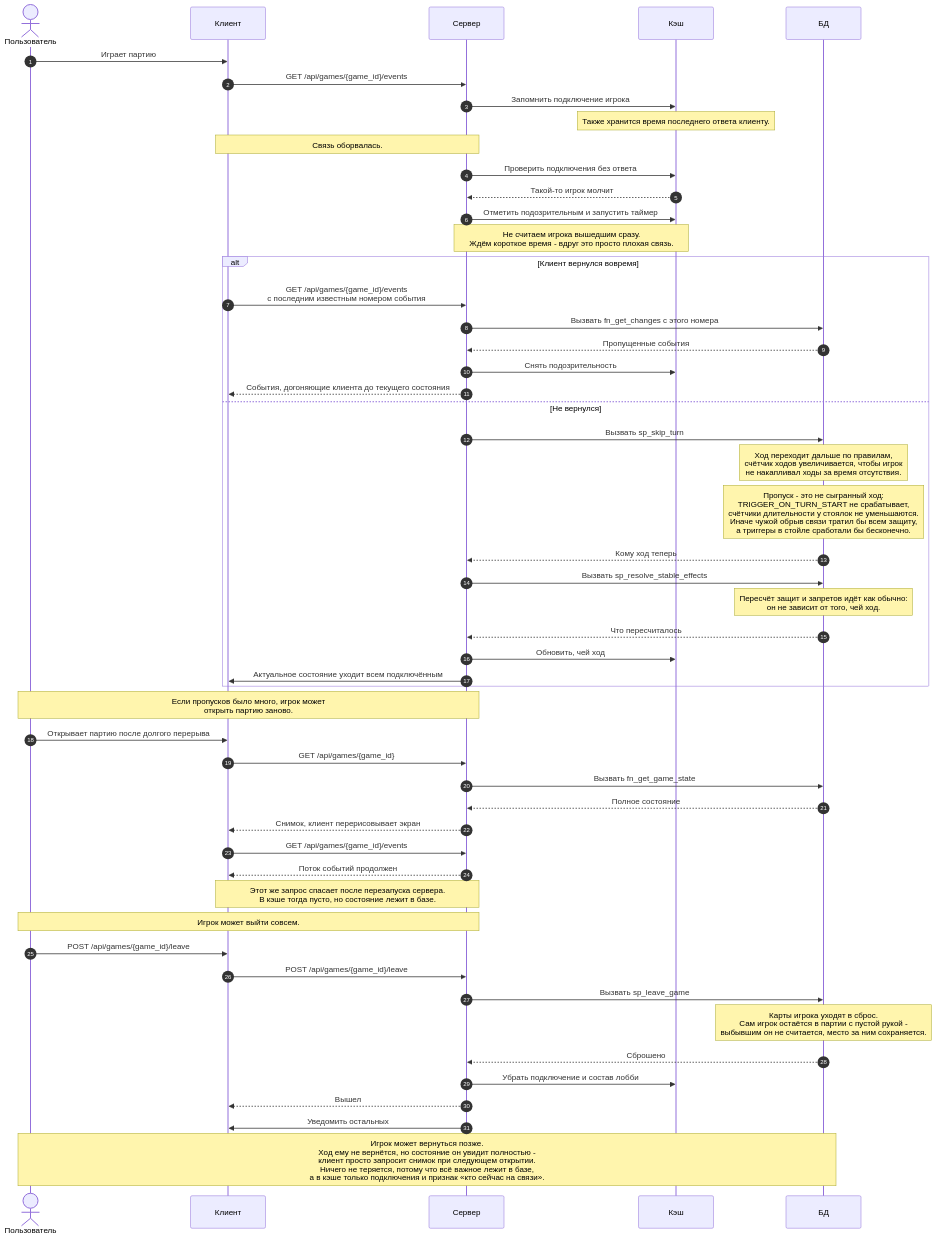
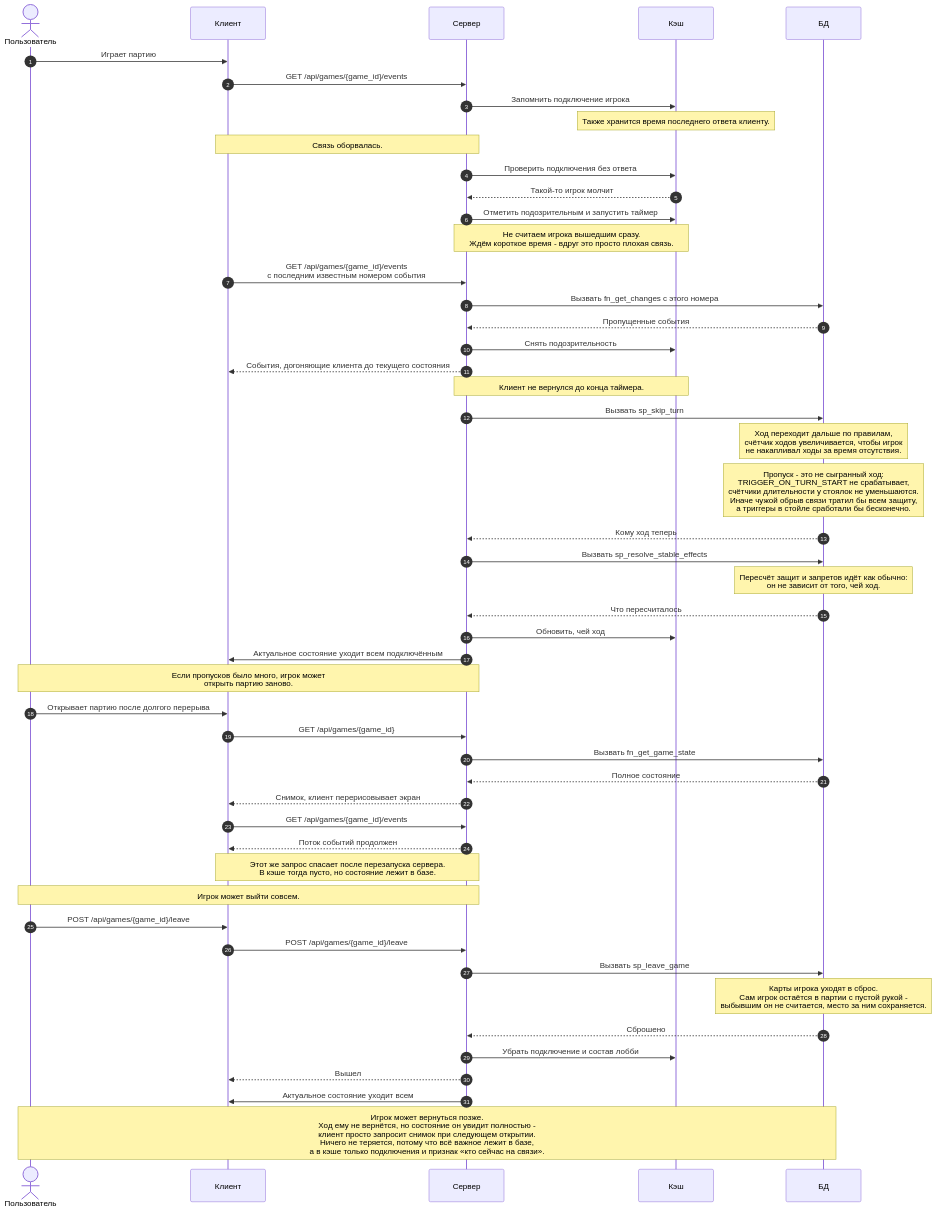
Before and after one commit to docup1/edin-game: the diagram in diagrams/04-reconnect-skip.mmd, drawn with Mermaid. The commit also changed 3 other files, not shown here.

First line of the commit message:
Убрать ветвления из диаграмм, разнести эндпоинты

```diff
--- a/diagrams/04-reconnect-skip.mmd
+++ b/diagrams/04-reconnect-skip.mmd
@@ -1,65 +1,64 @@
 %% Обрыв связи, переподключение и пропуск хода.
-%% Подключение игрока - в кэше, события не теряются, потому что лежат в базе.
+%% Связь и признак «кто на связи» - в кэше, все факты - в базе.
 sequenceDiagram
     autonumber
     actor U as Пользователь
     participant C as Клиент
     participant S as Сервер
     participant K as Кэш
     participant D as БД
 
     U->>C: Играет партию
     C->>S: GET /api/games/{game_id}/events
     S->>K: Запомнить подключение игрока
     Note over K: Также хранится время последнего ответа клиенту.
 
     Note over C,S: Связь оборвалась.
 
     S->>K: Проверить подключения без ответа
     K-->>S: Такой-то игрок молчит
     S->>K: Отметить подозрительным и запустить таймер
-
     Note over S,K: Не считаем игрока вышедшим сразу.<br/>Ждём короткое время - вдруг это просто плохая связь.
 
-    alt Клиент вернулся вовремя
-        C->>S: GET /api/games/{game_id}/events<br/>с последним известным номером события
-        S->>D: Вызвать fn_get_changes с этого номера
-        D-->>S: Пропущенные события
-        S->>K: Снять подозрительность
-        S-->>C: События, догоняющие клиента до текущего состояния
-    else Не вернулся
-        S->>D: Вызвать sp_skip_turn
-        Note over D: Ход переходит дальше по правилам,<br/>счётчик ходов увеличивается, чтобы игрок<br/>не накапливал ходы за время отсутствия.
-        Note over D: Пропуск - это не сыгранный ход:<br/>TRIGGER_ON_TURN_START не срабатывает,<br/>счётчики длительности у стоялок не уменьшаются.<br/>Иначе чужой обрыв связи тратил бы всем защиту,<br/>а триггеры в стойле сработали бы бесконечно.
-        D-->>S: Кому ход теперь
-        S->>D: Вызвать sp_resolve_stable_effects
-        Note over D: Пересчёт защит и запретов идёт как обычно:<br/>он не зависит от того, чей ход.
-        D-->>S: Что пересчиталось
-        S->>K: Обновить, чей ход
-        S->>C: Актуальное состояние уходит всем подключённым
-    end
+    C->>S: GET /api/games/{game_id}/events<br/>с последним известным номером события
+    S->>D: Вызвать fn_get_changes с этого номера
+    D-->>S: Пропущенные события
+    S->>K: Снять подозрительность
+    S-->>C: События, догоняющие клиента до текущего состояния
+
+    Note over S,K: Клиент не вернулся до конца таймера.
+
+    S->>D: Вызвать sp_skip_turn
+    Note over D: Ход переходит дальше по правилам,<br/>счётчик ходов увеличивается, чтобы игрок<br/>не накапливал ходы за время отсутствия.
+    Note over D: Пропуск - это не сыгранный ход:<br/>TRIGGER_ON_TURN_START не срабатывает,<br/>счётчики длительности у стоялок не уменьшаются.<br/>Иначе чужой обрыв связи тратил бы всем защиту,<br/>а триггеры в стойле сработали бы бесконечно.
+    D-->>S: Кому ход теперь
+    S->>D: Вызвать sp_resolve_stable_effects
+    Note over D: Пересчёт защит и запретов идёт как обычно:<br/>он не зависит от того, чей ход.
+    D-->>S: Что пересчиталось
+    S->>K: Обновить, чей ход
+    S->>C: Актуальное состояние уходит всем подключённым
 
     Note over U,S: Если пропусков было много, игрок может<br/>открыть партию заново.
 
     U->>C: Открывает партию после долгого перерыва
     C->>S: GET /api/games/{game_id}
     S->>D: Вызвать fn_get_game_state
     D-->>S: Полное состояние
     S-->>C: Снимок, клиент перерисовывает экран
     C->>S: GET /api/games/{game_id}/events
     S-->>C: Поток событий продолжен
 
     Note over C,S: Этот же запрос спасает после перезапуска сервера.<br/>В кэше тогда пусто, но состояние лежит в базе.
 
     Note over U,S: Игрок может выйти совсем.
 
     U->>C: POST /api/games/{game_id}/leave
     C->>S: POST /api/games/{game_id}/leave
     S->>D: Вызвать sp_leave_game
     Note over D: Карты игрока уходят в сброс.<br/>Сам игрок остаётся в партии с пустой рукой -<br/>выбывшим он не считается, место за ним сохраняется.
     D-->>S: Сброшено
     S->>K: Убрать подключение и состав лобби
     S-->>C: Вышел
-    S->>C: Уведомить остальных
+    S->>C: Актуальное состояние уходит всем
 
     Note over U,D: Игрок может вернуться позже.<br/>Ход ему не вернётся, но состояние он увидит полностью -<br/>клиент просто запросит снимок при следующем открытии.<br/>Ничего не теряется, потому что всё важное лежит в базе,<br/>а в кэше только подключения и признак «кто сейчас на связи».
```
